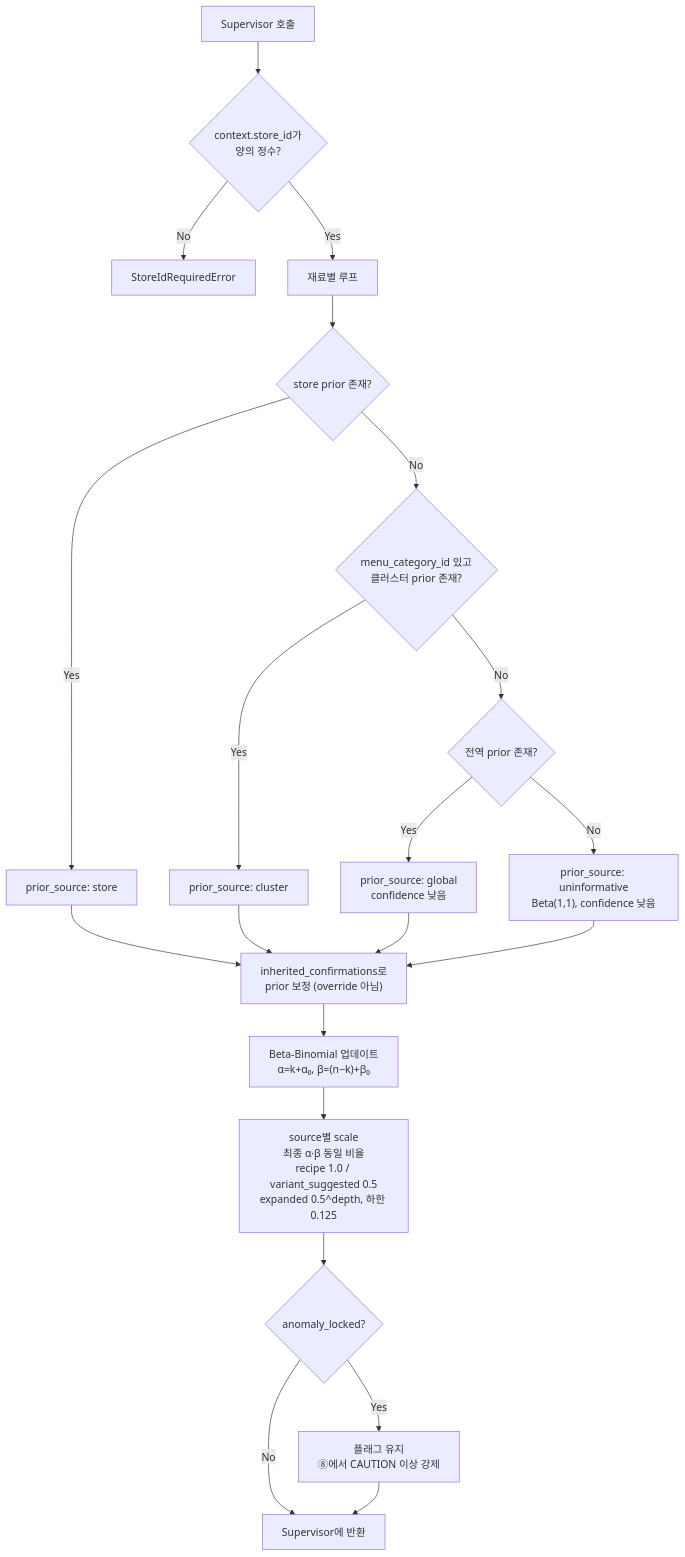
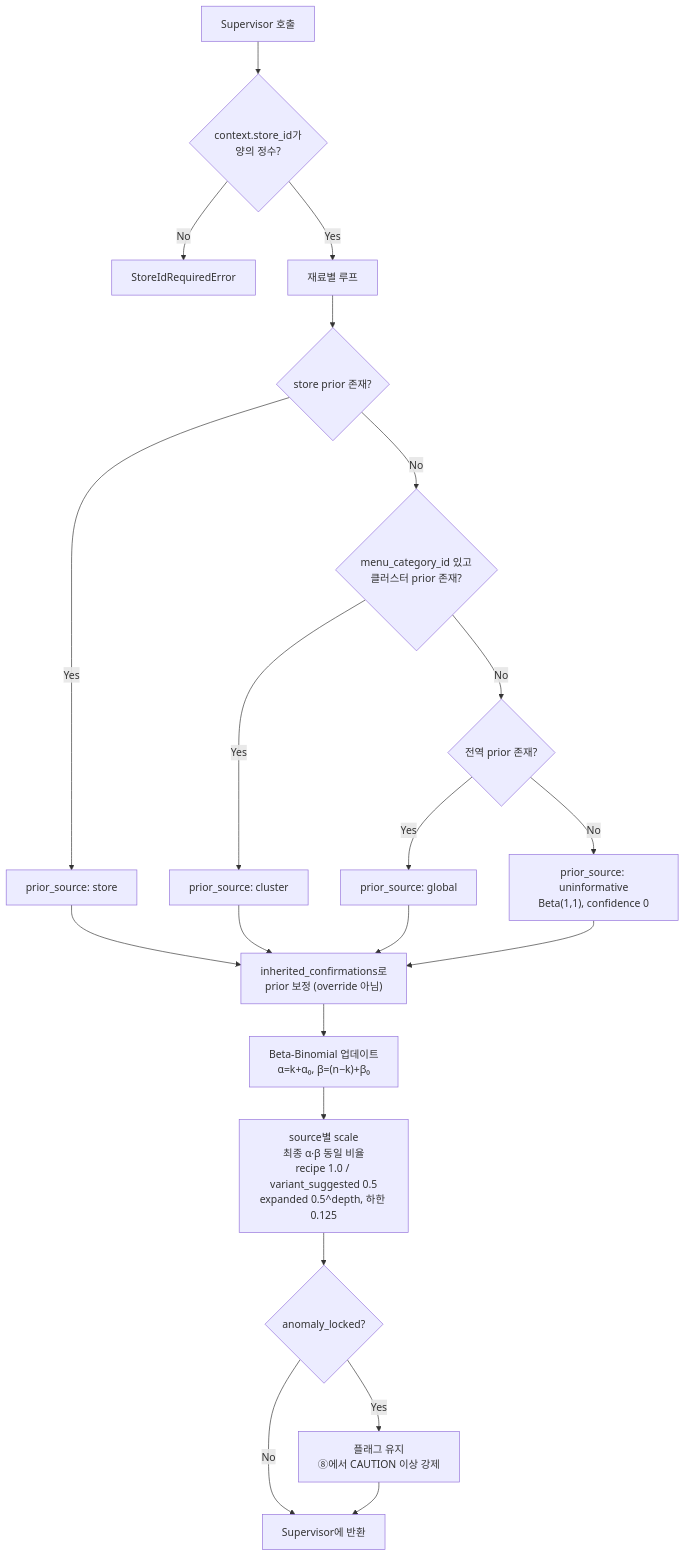
Before and after one commit to Han-Spoon/ai: the diagram in docs/5-tool-Statistics.md, drawn with Mermaid. The commit also changed other lines of this file, not shown here.

First line of the commit message:
docs(statistics): define confidence by effective evidence

````diff
--- a/docs/5-tool-Statistics.md
+++ b/docs/5-tool-Statistics.md
@@ -145,25 +168,25 @@
 ```mermaid
 flowchart TD
     S[Supervisor 호출] --> V{"context.store_id가<br/>양의 정수?"}
     V -->|No| ERR[StoreIdRequiredError]
     V -->|Yes| L[재료별 루프]
 
     L --> P{store prior 존재?}
     P -->|Yes| SP["prior_source: store"]
     P -->|No| CL{"menu_category_id 있고<br/>클러스터 prior 존재?"}
     CL -->|Yes| CP["prior_source: cluster"]
     CL -->|No| G{"전역 prior 존재?"}
-    G -->|Yes| GP["prior_source: global<br/>confidence 낮음"]
-    G -->|No| UP["prior_source: uninformative<br/>Beta(1,1), confidence 낮음"]
+    G -->|Yes| GP["prior_source: global"]
+    G -->|No| UP["prior_source: uninformative<br/>Beta(1,1), confidence 0"]
 
     SP --> INH["inherited_confirmations로<br/>prior 보정 (override 아님)"]
     CP --> INH
     GP --> INH
     UP --> INH
     INH --> BB["Beta-Binomial 업데이트<br/>α=k+α₀, β=(n−k)+β₀"]
     BB --> SRC["source별 scale<br/>최종 α·β 동일 비율<br/>recipe 1.0 / variant_suggested 0.5<br/>expanded 0.5^depth, 하한 0.125"]
     SRC --> LOCK{"anomaly_locked?"}
     LOCK -->|Yes| MARK["플래그 유지<br/>⑧에서 CAUTION 이상 강제"]
     LOCK -->|No| OUT[Supervisor에 반환]
     MARK --> OUT
 ```
````
